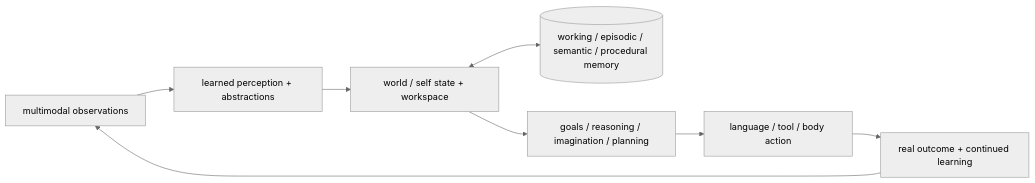
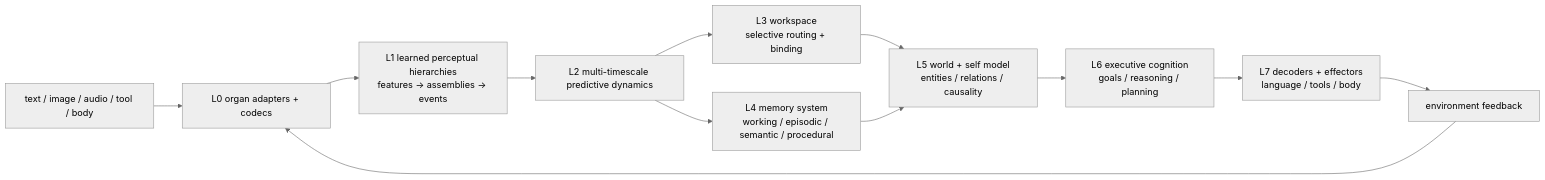
Before and after one commit to liulang5945-netizen/Seed: the diagram in README.md, drawn with Mermaid (neutral theme). The commit also changed other lines of this file and 2 other files, not shown here.

Commit message:
docs: restructure READMEs to architecture + capabilities + status

````diff
--- a/README.md
+++ b/README.md
@@ -61,10 +49,13 @@
 ```mermaid
 flowchart LR
-    obs[multimodal observations] --> perc[learned perception + abstractions]
-    perc --> state[world / self state + workspace]
-    state <--> mem[(working / episodic / semantic / procedural memory)]
-    state --> goals[goals / reasoning / imagination / planning]
-    goals --> act[language / tool / body action]
-    act --> outcome[real outcome + continued learning]
-    outcome --> obs
+    obs[text / image / audio / tool / body] --> L0[L0 organ adapters + codecs]
+    L0 --> L1[L1 learned perceptual hierarchies<br/>features → assemblies → events]
+    L1 --> L2[L2 multi-timescale predictive dynamics]
+    L2 --> L3[L3 workspace<br/>selective routing + binding]
+    L2 --> L4[L4 memory system<br/>working / episodic / semantic / procedural]
+    L3 --> L5[L5 world + self model<br/>entities / relations / causality]
+    L4 --> L5
+    L5 --> L6[L6 executive cognition<br/>goals / reasoning / planning]
+    L6 --> L7[L7 decoders + effectors<br/>language / tools / body]
+    L7 --> fb[environment feedback] --> L0
 ```
````
